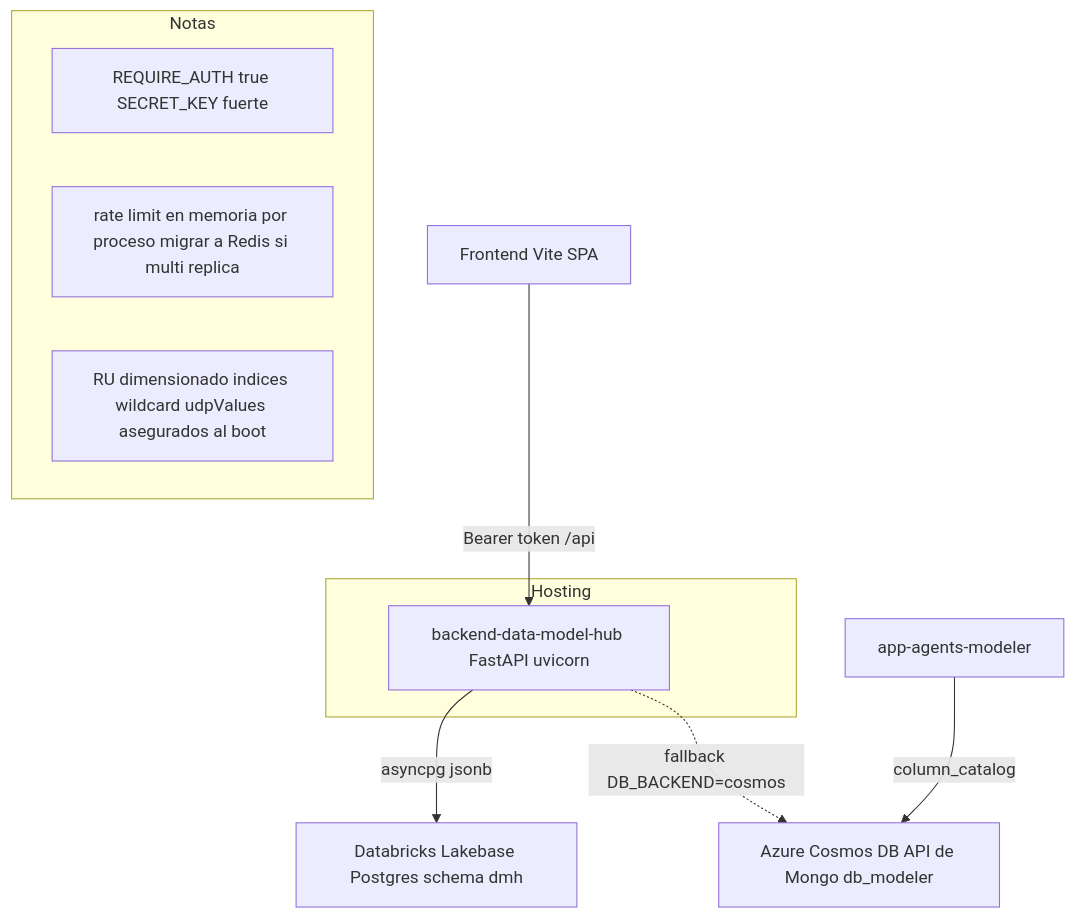
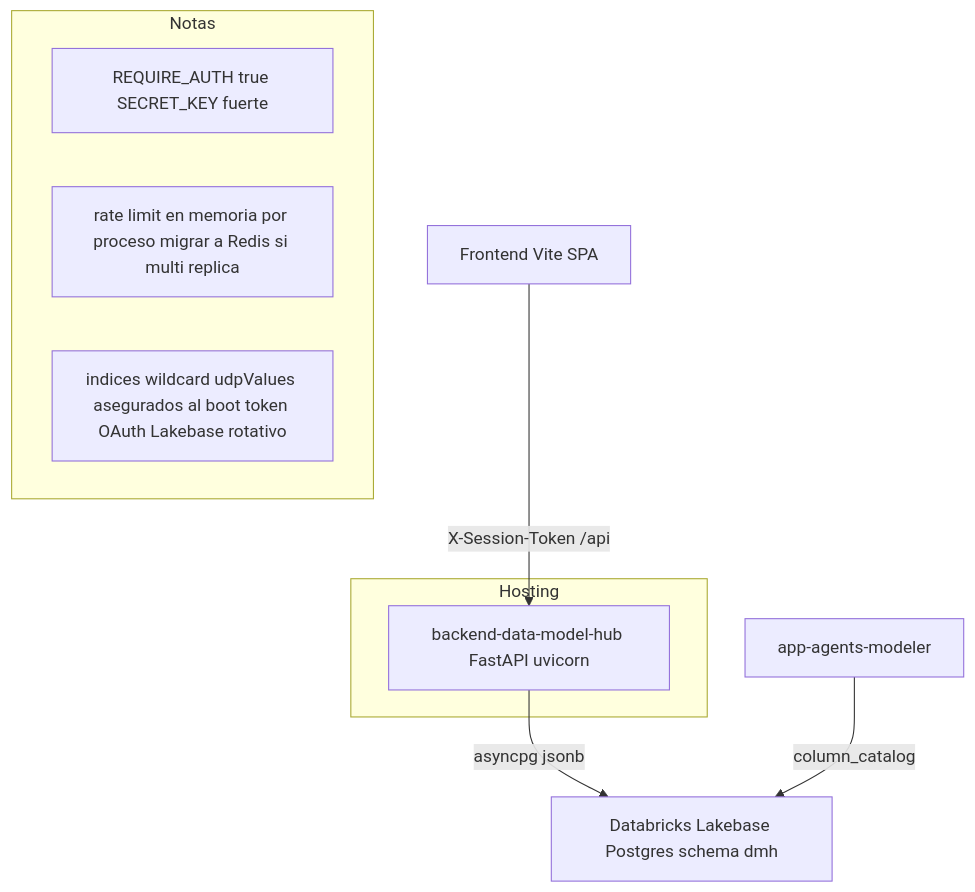
Before and after one commit to Carlosmps97/backend-data-model-hub: the fourth of 4 diagrams in doc/consideraciones-y-limites.md, drawn with Mermaid. The commit also changed other lines of this file and 67 other files, not shown here.

````diff
--- a/doc/consideraciones-y-limites.md
+++ b/doc/consideraciones-y-limites.md
@@ -532,15 +513,14 @@
 ```mermaid
 flowchart TD
-    FE["Frontend Vite SPA"] -->|Bearer token /api| BE["backend-data-model-hub FastAPI uvicorn"]
+    FE["Frontend Vite SPA"] -->|X-Session-Token /api| BE["backend-data-model-hub FastAPI uvicorn"]
     BE -->|asyncpg jsonb| LB["Databricks Lakebase Postgres schema dmh"]
-    BE -.->|fallback DB_BACKEND=cosmos| COS["Azure Cosmos DB API de Mongo db_modeler"]
-    AG["app-agents-modeler"] -->|column_catalog| COS
+    AG["app-agents-modeler"] -->|column_catalog| LB
     subgraph Hosting
         BE
     end
     subgraph Notas
         N1["REQUIRE_AUTH true SECRET_KEY fuerte"]
         N2["rate limit en memoria por proceso migrar a Redis si multi replica"]
-        N3["RU dimensionado indices wildcard udpValues asegurados al boot"]
+        N3["indices wildcard udpValues asegurados al boot token OAuth Lakebase rotativo"]
     end
 ```
````
